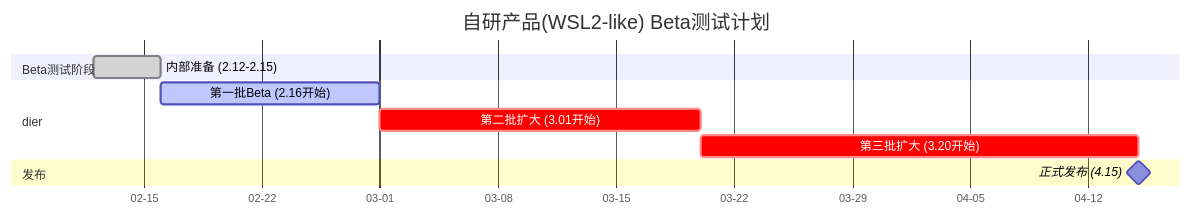
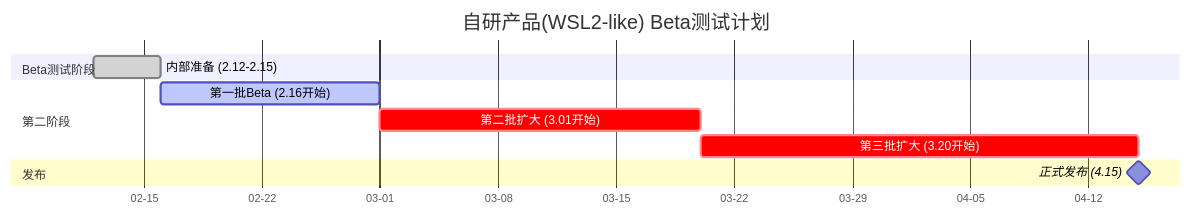
Before and after one commit to kilans/iodraw-files: the diagram in all/未命名.md, drawn with Mermaid.

Commit message:
2026-02-12 15:21:08 update

````diff
--- a/all/未命名.md
+++ b/all/未命名.md
@@ -1,17 +1,18 @@
 ```mermaid
 gantt
     title 自研产品(WSL2-like) Beta测试计划
     dateFormat  YYYY-MM-DD
     axisFormat %m-%d
     
     section Beta测试阶段
     内部准备 (2.12-2.15)       :done, 2026-02-12, 4d
-    section dier
+    
+    section 第二阶段
     第一批Beta (2.16开始)      :active, 2026-02-16, 13d
     第二批扩大 (3.01开始)      :crit, 2026-03-01, 19d
     第三批扩大 (3.20开始)      :crit, 2026-03-20, 26d
     
     section 发布
     正式发布 (4.15)           :milestone, 2026-04-15, 0d
 
 ```
````
